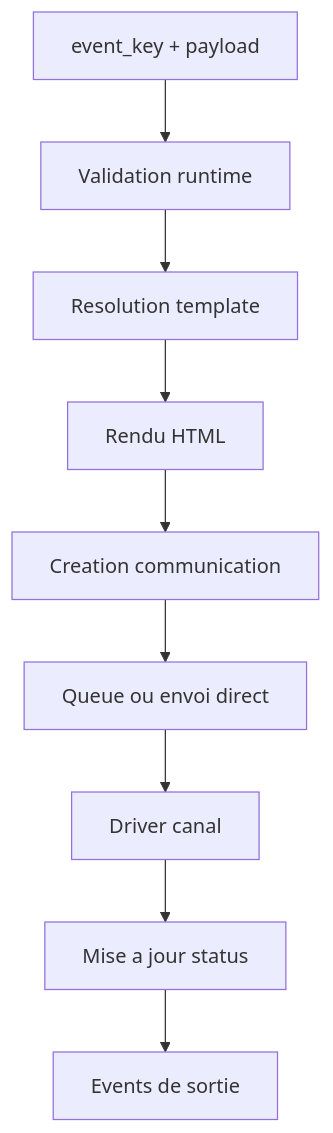
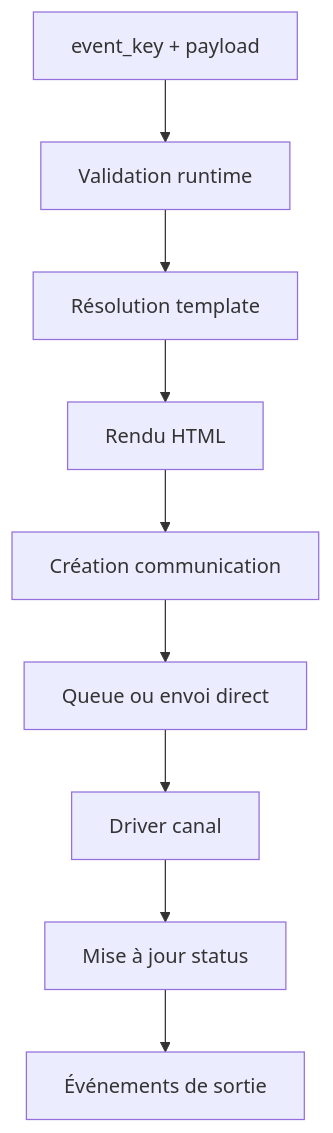
Before and after one commit to Alex-Saba/notificationmanager: the third of 7 diagrams in docs/DIAGRAMS.md, drawn with Mermaid. The commit also changed other lines of this file and 7 other files, not shown here.

````diff
--- a/docs/DIAGRAMS.md
+++ b/docs/DIAGRAMS.md
@@ -64,11 +64,11 @@
 ```mermaid
 flowchart TD
     A["event_key + payload"] --> B["Validation runtime"]
-    B --> C["Resolution template"]
+    B --> C["Résolution template"]
     C --> D["Rendu HTML"]
-    D --> E["Creation communication"]
+    D --> E["Création communication"]
     E --> F["Queue ou envoi direct"]
     F --> G["Driver canal"]
-    G --> H["Mise a jour status"]
-    H --> I["Events de sortie"]
+    G --> H["Mise à jour status"]
+    H --> I["Événements de sortie"]
 ```
````
